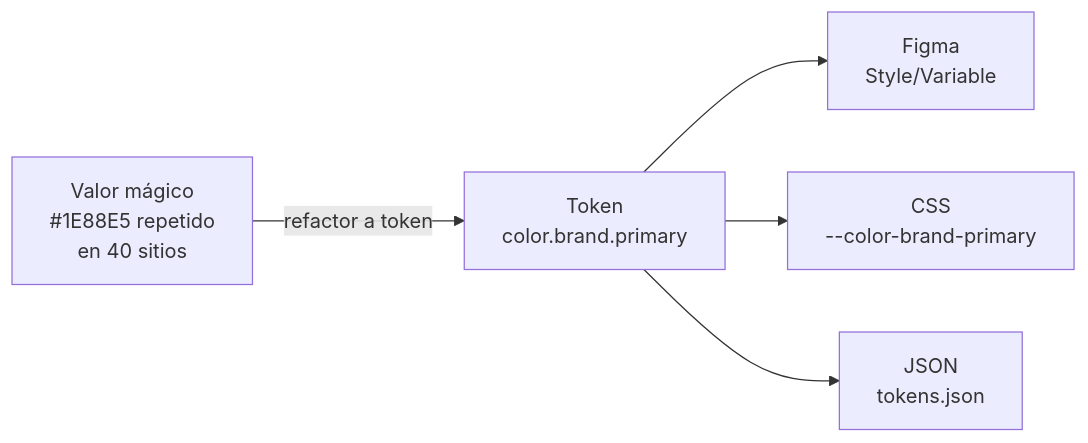
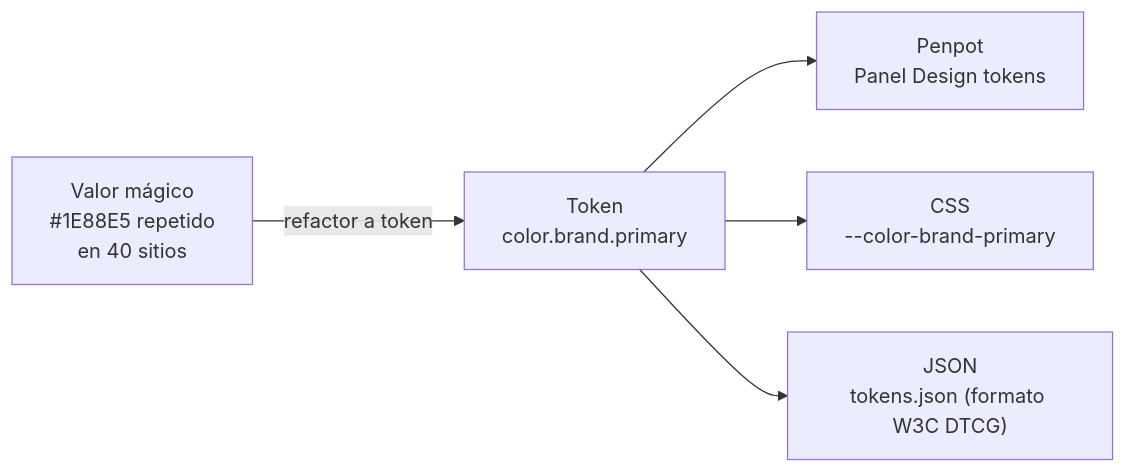
The third of 6 diagrams in docs/ud2.md (jmfiorisies/diw), drawn with Mermaid before and after one commit. The commit also changed other lines of this file and 3 other files, not shown here.

````diff
--- a/docs/ud2.md
+++ b/docs/ud2.md
@@ -61,8 +93,8 @@
 ```mermaid
 flowchart LR
     A["Valor mágico<br/>#1E88E5 repetido<br/>en 40 sitios"] -->|refactor a token| B["Token<br/>color.brand.primary"]
-    B --> C["Figma<br/>Style/Variable"]
+    B --> C["Penpot<br/>Panel Design tokens"]
     B --> D["CSS<br/>--color-brand-primary"]
-    B --> E["JSON<br/>tokens.json"]
+    B --> E["JSON<br/>tokens.json (formato W3C DTCG)"]
 
 ```
````
